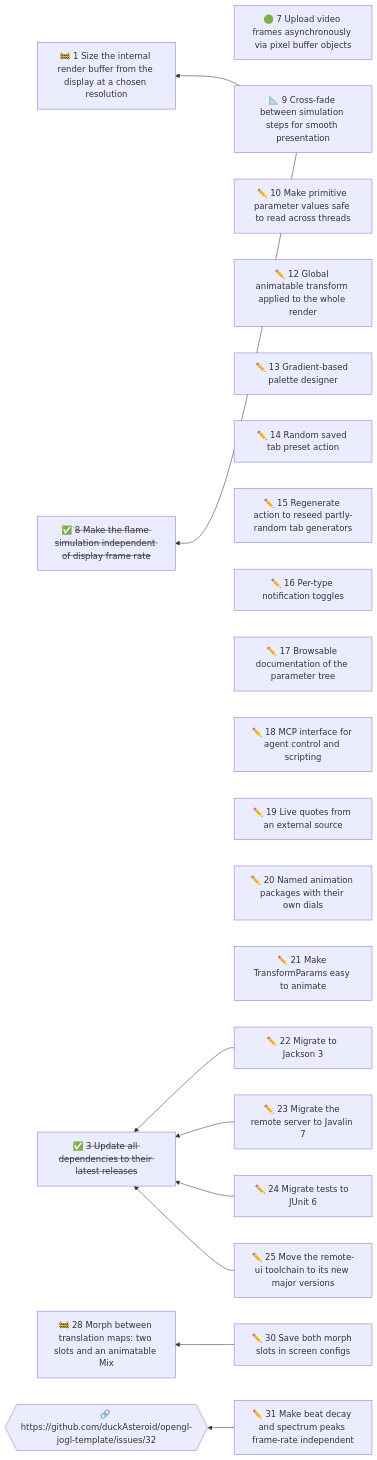
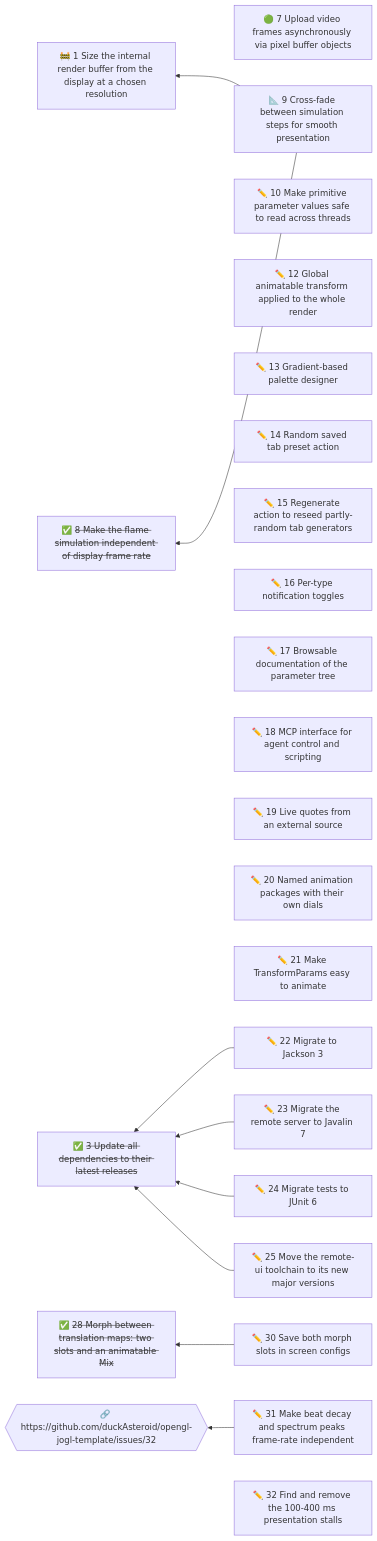
The diagram in docs/initiatives/README.md (duckAsteroid/cthugha-reborn), drawn with Mermaid before and after one commit. The commit also changed other lines of this file and 2 other files, not shown here.

First line of the commit message:
docs(initiatives): record ct#28 benchmark and close it; add ct#32 presentation-stall spike

````diff
--- a/docs/initiatives/README.md
+++ b/docs/initiatives/README.md
@@ -54,59 +54,61 @@
 ```mermaid
 flowchart RL
   n1["🚧 1 Size the internal render buffer from the display at a chosen resolution"]
   n7["🟢 7 Upload video frames asynchronously via pixel buffer objects"]
   n9["📐 9 Cross-fade between simulation steps for smooth presentation"]
   n10["✏️ 10 Make primitive parameter values safe to read across threads"]
   n12["✏️ 12 Global animatable transform applied to the whole render"]
   n13["✏️ 13 Gradient-based palette designer"]
   n14["✏️ 14 Random saved tab preset action"]
   n15["✏️ 15 Regenerate action to reseed partly-random tab generators"]
   n16["✏️ 16 Per-type notification toggles"]
   n17["✏️ 17 Browsable documentation of the parameter tree"]
   n18["✏️ 18 MCP interface for agent control and scripting"]
   n19["✏️ 19 Live quotes from an external source"]
   n20["✏️ 20 Named animation packages with their own dials"]
   n21["✏️ 21 Make TransformParams easy to animate"]
   n22["✏️ 22 Migrate to Jackson 3"]
   n23["✏️ 23 Migrate the remote server to Javalin 7"]
   n24["✏️ 24 Migrate tests to JUnit 6"]
   n25["✏️ 25 Move the remote-ui toolchain to its new major versions"]
-  n28["🚧 28 Morph between translation maps: two slots and an animatable Mix"]
   n30["✏️ 30 Save both morph slots in screen configs"]
   n31["✏️ 31 Make beat decay and spectrum peaks frame-rate independent"]
+  n32["✏️ 32 Find and remove the 100-400 ms presentation stalls"]
   n8["✅ <s>8 Make the flame simulation independent of display frame rate</s>"]
   n3["✅ <s>3 Update all dependencies to their latest releases</s>"]
+  n28["✅ <s>28 Morph between translation maps: two slots and an animatable Mix</s>"]
   x1{{"🔗 https://github.com/duckAsteroid/opengl-jogl-template/issues/32"}}
   n9 --> n1
   n9 --> n8
   n22 --> n3
   n23 --> n3
   n24 --> n3
   n25 --> n3
   n30 --> n28
   n31 --> x1
   click n1 href "01-cap-the-internal-render-resolution-at-high-window-sizes.md"
   click n7 href "07-upload-video-frames-asynchronously-via-pixel-buffer-objects.md"
   click n9 href "09-decouple-simulation-from-display-with-interpolated-presentat.md"
   click n10 href "10-make-primitive-parameter-values-safe-to-read-across-threads.md"
   click n12 href "12-global-animatable-transform-applied-to-the-whole-render.md"
   click n13 href "13-gradient-based-palette-designer.md"
   click n14 href "14-random-saved-tab-preset-action.md"
   click n15 href "15-regenerate-action-to-reseed-partly-random-tab-generators.md"
   click n16 href "16-per-type-notification-toggles.md"
   click n17 href "17-browsable-documentation-of-the-parameter-tree.md"
   click n18 href "18-mcp-interface-for-agent-control-and-scripting.md"
   click n19 href "19-live-quotes-from-an-external-source.md"
   click n20 href "20-named-animation-packages-with-their-own-dials.md"
   click n21 href "21-make-transformparams-easy-to-animate.md"
   click n22 href "22-migrate-to-jackson-3.md"
   click n23 href "23-migrate-the-remote-server-to-javalin-7.md"
   click n24 href "24-migrate-tests-to-junit-6.md"
   click n25 href "25-move-the-remote-ui-toolchain-to-its-new-major-versions.md"
-  click n28 href "28-blend-between-two-translation-maps-over-time.md"
   click n30 href "30-save-both-morph-slots-in-screen-configs.md"
   click n31 href "31-make-beat-decay-and-spectrum-peaks-frame-rate-independent.md"
+  click n32 href "32-find-and-remove-the-100-400-ms-presentation-stalls.md"
   click n8 href "08-make-the-flame-simulation-independent-of-display-frame-rate.md"
   click n3 href "03-update-all-dependencies-to-their-latest-releases.md"
+  click n28 href "28-blend-between-two-translation-maps-over-time.md"
   click x1 href "https://github.com/duckAsteroid/opengl-jogl-template/issues/32"
 ```
````
